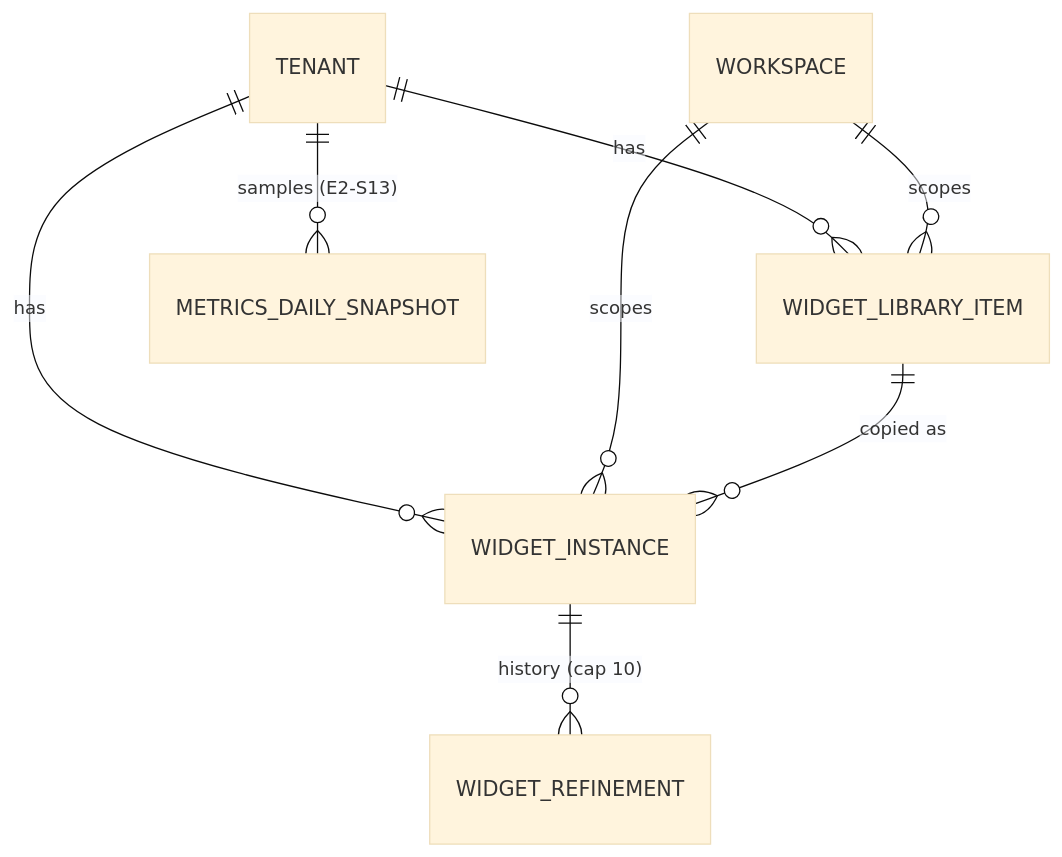
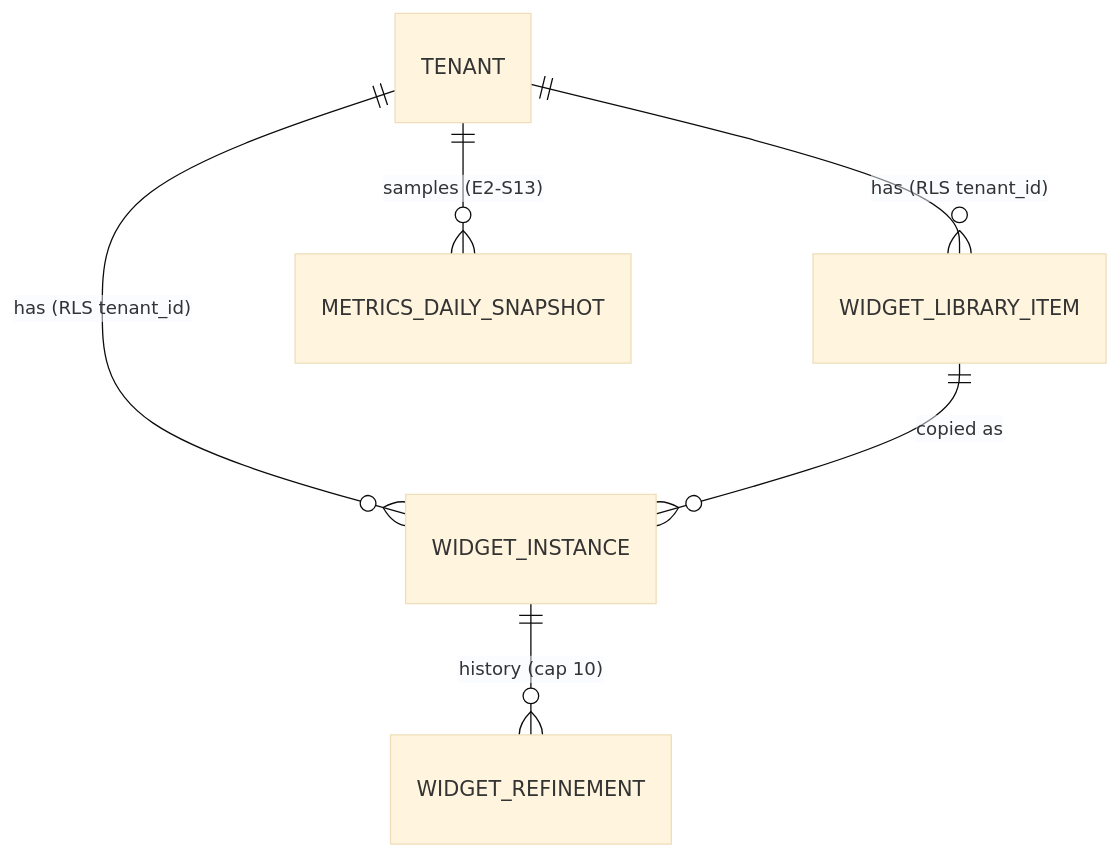
One commit to gazzwi86/weave changed the second of 2 diagrams in docs/specs/weave/engines/weave-platform/tech-spec/m2-delta.md. Above: the diagram before and after it, drawn with Mermaid (base theme). The commit also changed other lines of this file and 21 other files, not shown here.

````diff
--- a/docs/specs/weave/engines/weave-platform/tech-spec/m2-delta.md
+++ b/docs/specs/weave/engines/weave-platform/tech-spec/m2-delta.md
@@ -130,10 +148,8 @@
 ```mermaid
 erDiagram
-    TENANT ||--o{ WIDGET_INSTANCE : has
-    TENANT ||--o{ WIDGET_LIBRARY_ITEM : has
+    TENANT ||--o{ WIDGET_INSTANCE : "has (RLS tenant_id)"
+    TENANT ||--o{ WIDGET_LIBRARY_ITEM : "has (RLS tenant_id)"
     TENANT ||--o{ METRICS_DAILY_SNAPSHOT : "samples (E2-S13)"
-    WORKSPACE ||--o{ WIDGET_INSTANCE : scopes
-    WORKSPACE ||--o{ WIDGET_LIBRARY_ITEM : scopes
     WIDGET_LIBRARY_ITEM ||--o{ WIDGET_INSTANCE : "copied as"
     WIDGET_INSTANCE ||--o{ WIDGET_REFINEMENT : "history (cap 10)"
 ```
````
